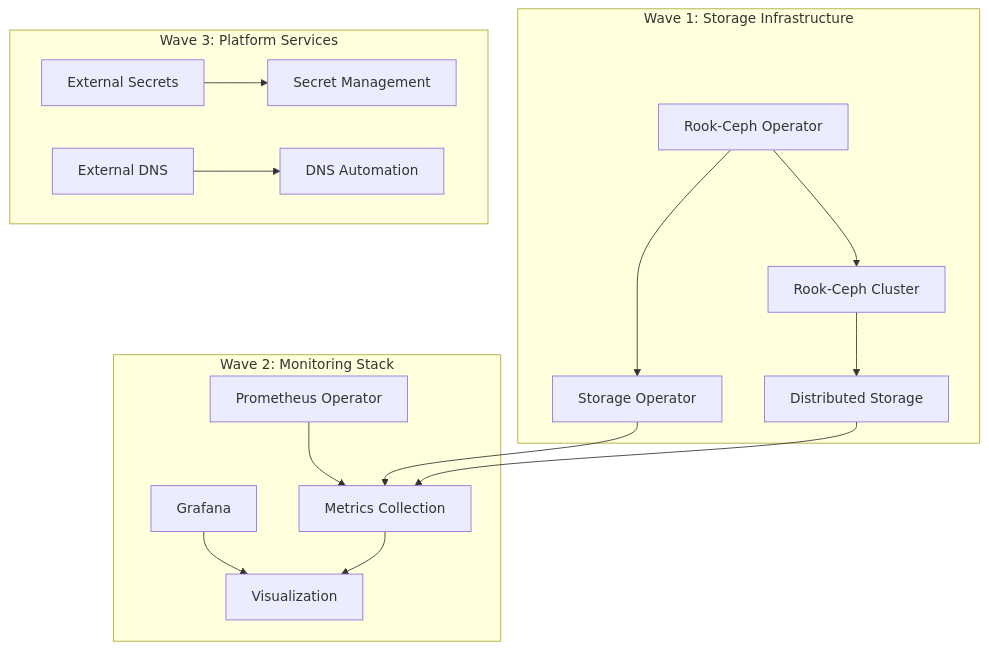
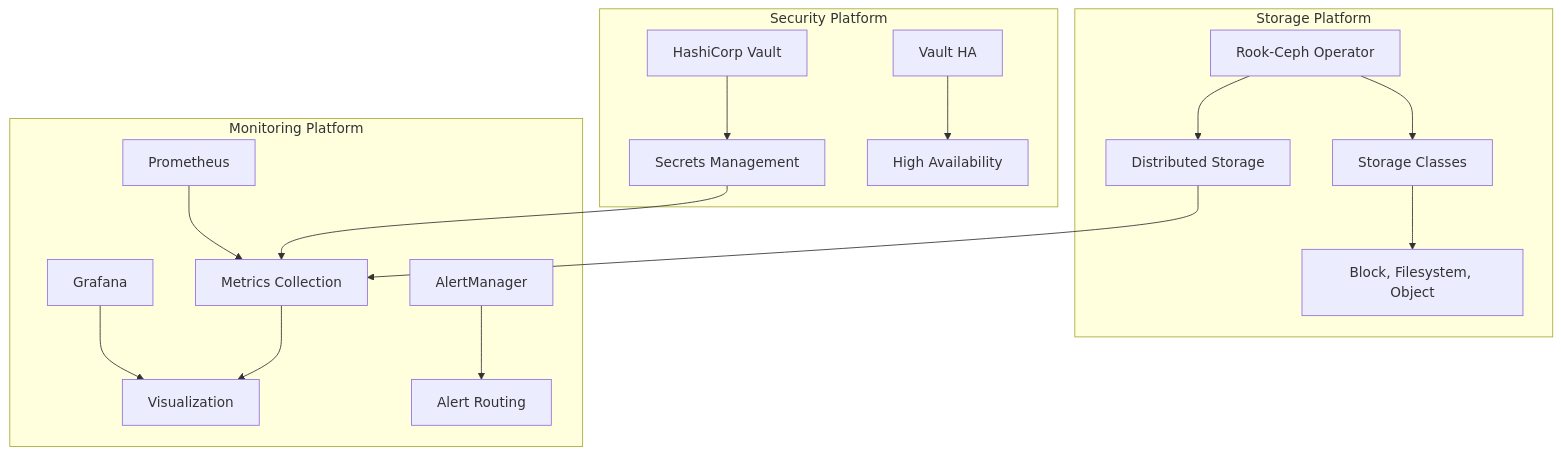
One commit to pnow-devsupreme/pn-infra changed the fourth of 8 diagrams in v0.2.0/README.md. Above: the diagram before and after it, drawn with Mermaid. The commit also changed other lines of this file and 99 other files, not shown here.

````diff
--- a/v0.2.0/README.md
+++ b/v0.2.0/README.md
@@ -87,22 +108,23 @@
 ```mermaid
 graph TB
-    subgraph "Wave 1: Storage Infrastructure"
-        A[Rook-Ceph Operator] --> B[Storage Operator]
-        C[Rook-Ceph Cluster] --> D[Distributed Storage]
+    subgraph "Storage Platform"
+        A[Rook-Ceph Operator] --> B[Distributed Storage]
+        C[Storage Classes] --> D[Block, Filesystem, Object]
     end
     
-    subgraph "Wave 2: Monitoring Stack"
-        E[Prometheus Operator] --> F[Metrics Collection]
-        G[Grafana] --> H[Visualization]
+    subgraph "Security Platform"
+        E[HashiCorp Vault] --> F[Secrets Management]
+        G[Vault HA] --> H[High Availability]
     end
     
-    subgraph "Wave 3: Platform Services"
-        I[External Secrets] --> J[Secret Management]
-        K[External DNS] --> L[DNS Automation]
+    subgraph "Monitoring Platform"
+        I[Prometheus] --> J[Metrics Collection]
+        K[Grafana] --> L[Visualization]
+        M[AlertManager] --> N[Alert Routing]
     end
     
     A --> C
-    B --> F
-    D --> F
-    F --> H
+    B --> J
+    F --> J
+    J --> L
 ```
````
